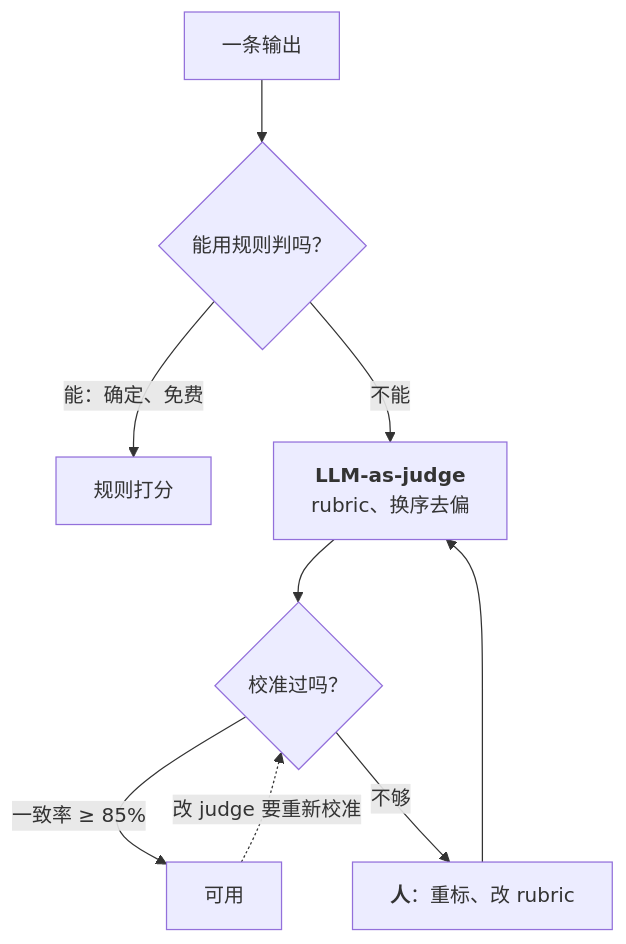
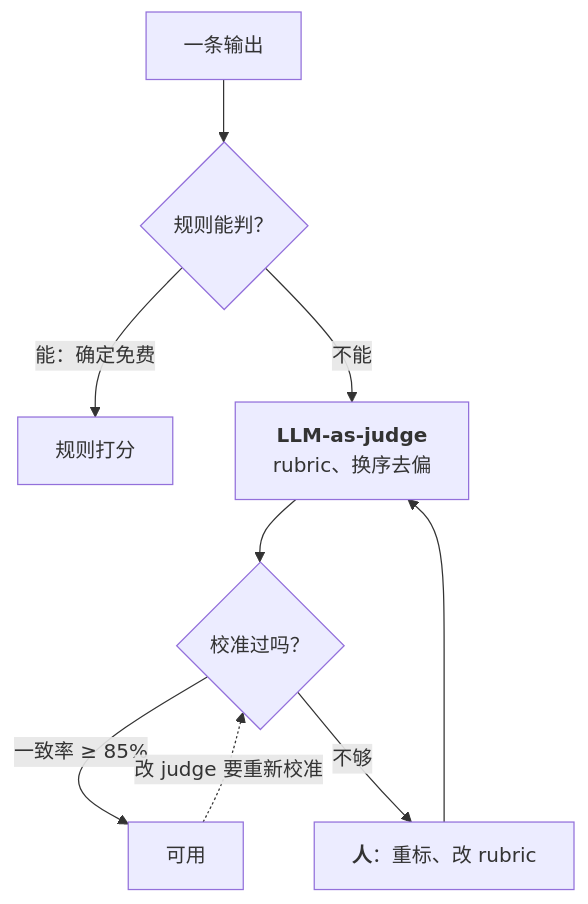
One commit to arganzheng/arganzheng.github.com changed the third of 10 diagrams in slides/2026-11-06-evals-and-observability.md. Above: the diagram before and after it, drawn with Mermaid. The commit also changed other lines of this file, not shown here.

Commit message:
slides(2026-11-06-evals-and-observability): 图内文字 ≥14px——标签缩短/拆分/Unicode 数学

````diff
--- a/slides/2026-11-06-evals-and-observability.md
+++ b/slides/2026-11-06-evals-and-observability.md
@@ -81,13 +81,13 @@
 ```mermaid
 %%{init: {"flowchart": {"wrappingWidth": 190}}}%%
 flowchart TB
-    O["一条输出"] --> R{"能用规则判吗？"}
-    R -- "能：确定、免费" --> RR["规则打分"]
+    O["一条输出"] --> R{"规则能判？"}
+    R -- "能：确定免费" --> RR["规则打分"]
     R -- "不能" --> J["<b>LLM-as-judge</b><br/>rubric、换序去偏"]
     J --> C{"校准过吗？"}
     C -- "一致率 ≥ 85%" --> OK["可用"]
     C -- "不够" --> H["<b>人</b>：重标、改 rubric"]
     H --> J
     OK -. "改 judge 要重新校准" .-> C
 
 ```
````
